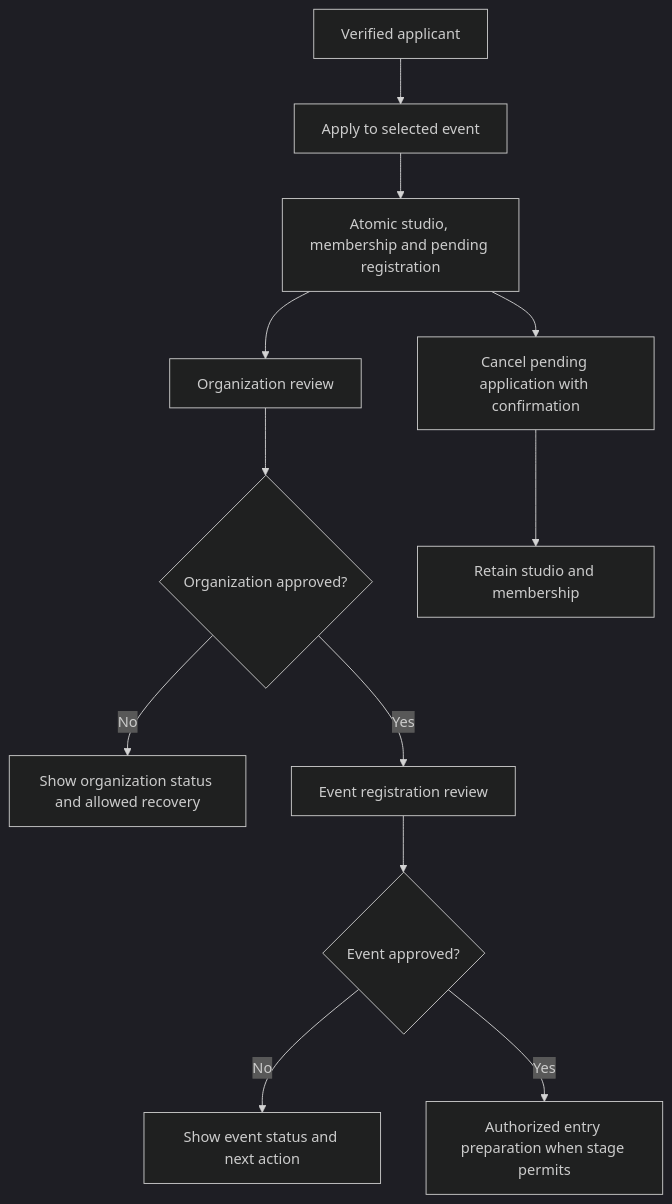
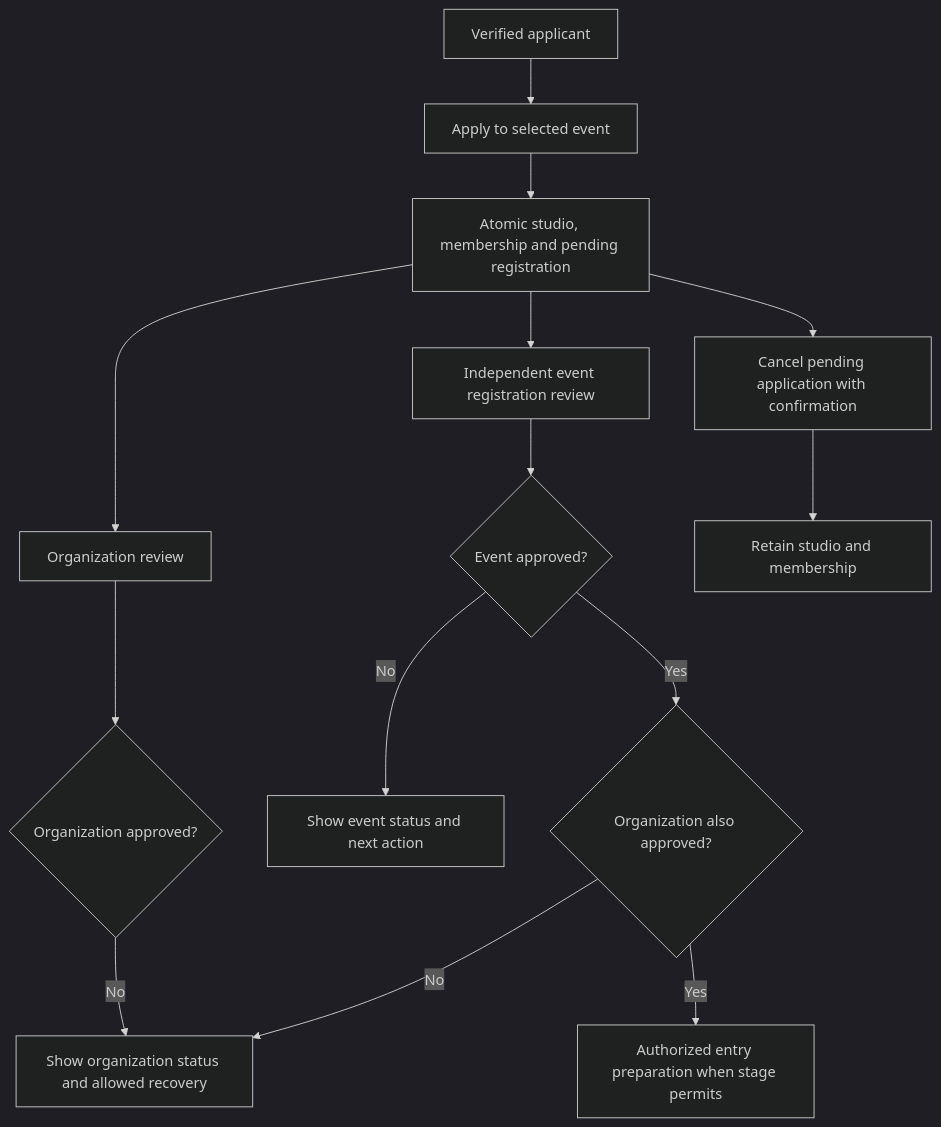
One commit to kostjask/competition-management-app changed the diagram in docs/flows/F03.md. Above: the diagram before and after it, drawn with Mermaid (dark theme). The commit also changed other lines of this file and 100 other files, not shown here.

````diff
--- a/docs/flows/F03.md
+++ b/docs/flows/F03.md
@@ -46,14 +44,16 @@
 ```mermaid
 flowchart TD
   A[Verified applicant] --> B[Apply to selected event]
   B --> C[Atomic studio, membership and pending registration]
   C --> D[Organization review]
+  C --> G[Independent event registration review]
   D --> E{Organization approved?}
   E -->|No| F[Show organization status and allowed recovery]
-  E -->|Yes| G[Event registration review]
   G --> H{Event approved?}
   H -->|No| I[Show event status and next action]
-  H -->|Yes| J[Authorized entry preparation when stage permits]
+  H -->|Yes| K2{Organization also approved?}
+  K2 -->|Yes| J[Authorized entry preparation when stage permits]
+  K2 -->|No| F
   C --> K[Cancel pending application with confirmation]
   K --> L[Retain studio and membership]
 ```
````
